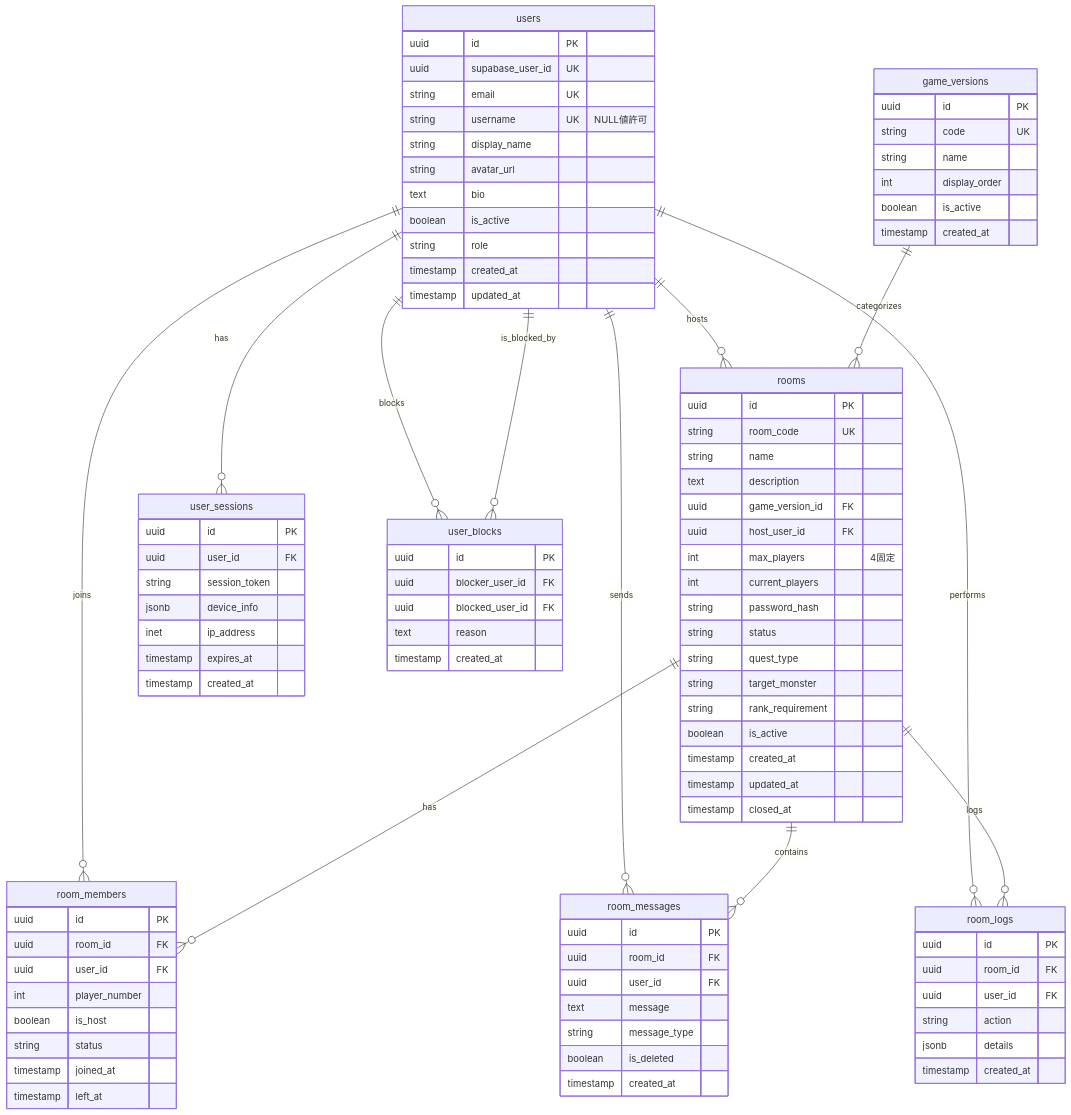
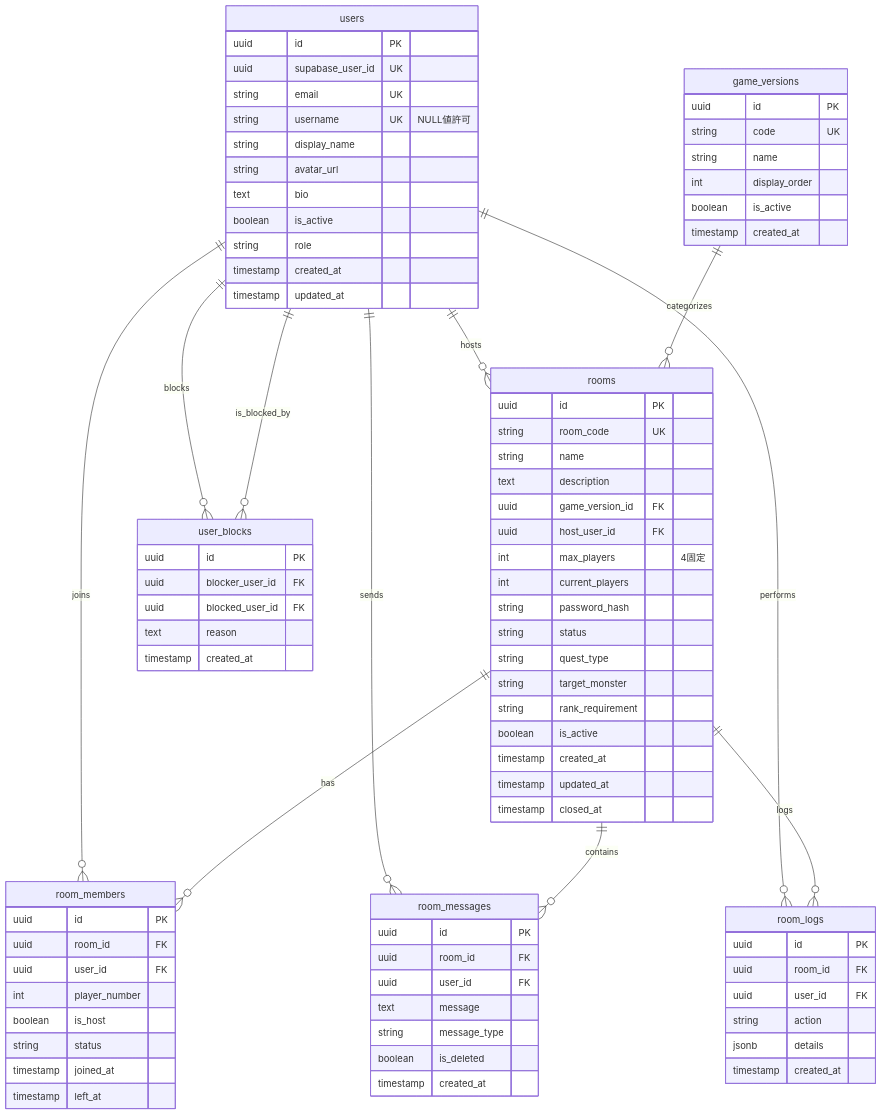
One commit to motty93/mhp-rooms changed the diagram in docs/er.md. Above: the diagram before and after it, drawn with Mermaid. The commit also changed other lines of this file and 1 other file, not shown here.

Commit message:
feat: remove user sessions

```diff
--- a/docs/er.md
+++ b/docs/er.md
@@ -11,7 +11,6 @@
     users ||--o{ rooms : "hosts"
     users ||--o{ room_members : "joins"
     users ||--o{ room_messages : "sends"
-    users ||--o{ user_sessions : "has"
     users ||--o{ user_blocks : "blocks"
     users ||--o{ user_blocks : "is_blocked_by"
     users ||--o{ room_logs : "performs"
@@ -86,16 +85,6 @@
         timestamp created_at
     }
     
-    user_sessions {
-        uuid id PK
-        uuid user_id FK
-        string session_token
-        jsonb device_info
-        inet ip_address
-        timestamp expires_at
-        timestamp created_at
-    }
-    
     user_blocks {
         uuid id PK
         uuid blocker_user_id FK
```
